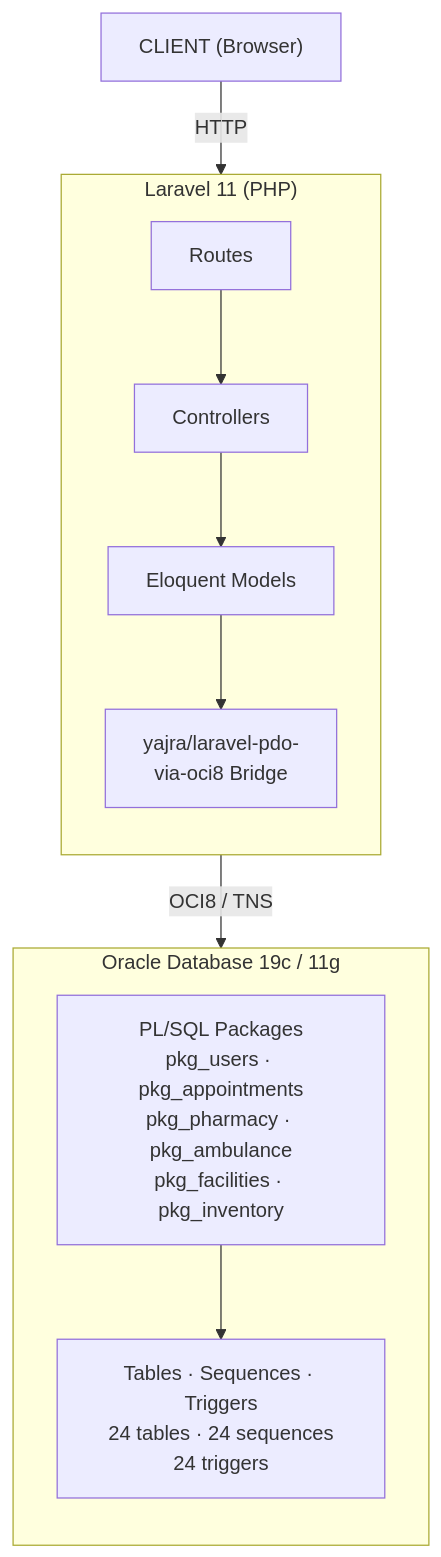
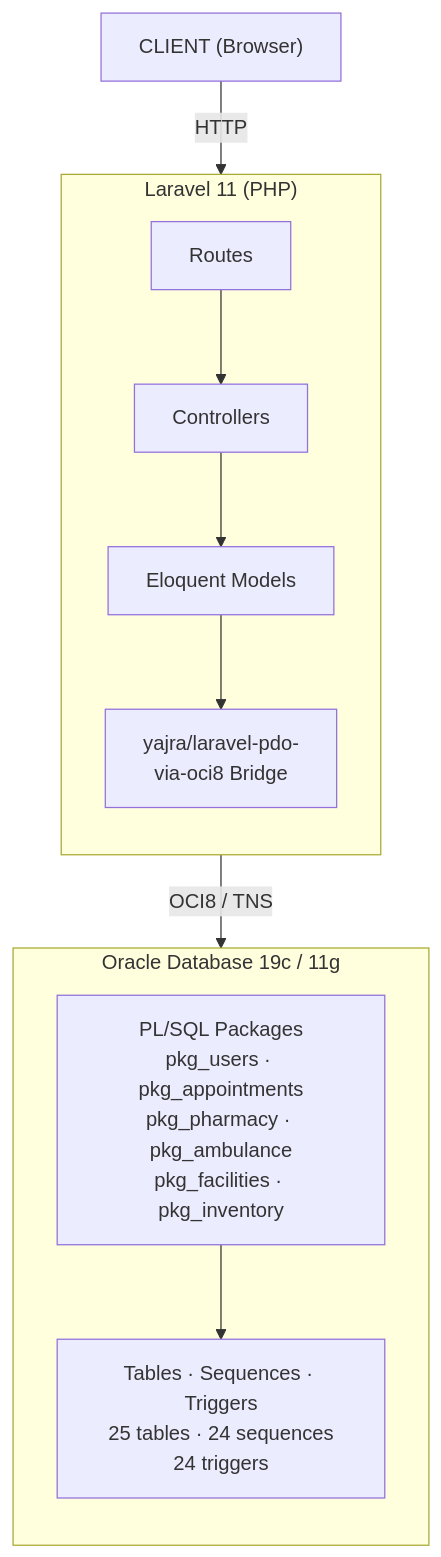
Before and after one commit to AbirHasanArko/HelloMed-DB: the diagram in README.md, drawn with Mermaid. The commit also changed other lines of this file and 2 other files, not shown here.

Commit message:
docs: update schema documentation to reflect 25 tables and fix schema comments numbering

````diff
--- a/README.md
+++ b/README.md
@@ -763,27 +769,27 @@
 ```mermaid
 flowchart TD
     Client["CLIENT (Browser)"]
     
     subgraph Laravel["Laravel 11 (PHP)"]
         direction TB
         Routes["Routes"]
         Controllers["Controllers"]
         Models["Eloquent Models"]
         Bridge["yajra/laravel-pdo-<br>via-oci8 Bridge"]
         
         Routes --> Controllers
         Controllers --> Models
         Models --> Bridge
     end
 
     subgraph Oracle["Oracle Database 19c / 11g"]
         direction TB
         Packages["PL/SQL Packages<br>pkg_users · pkg_appointments<br>pkg_pharmacy · pkg_ambulance<br>pkg_facilities · pkg_inventory"]
-        Schema["Tables · Sequences · Triggers<br>24 tables · 24 sequences<br>24 triggers"]
+        Schema["Tables · Sequences · Triggers<br>25 tables · 24 sequences<br>24 triggers"]
         
         Packages --> Schema
     end
 
     Client -- "HTTP" --> Routes
     Bridge -- "OCI8 / TNS" --> Packages
 ```
````
